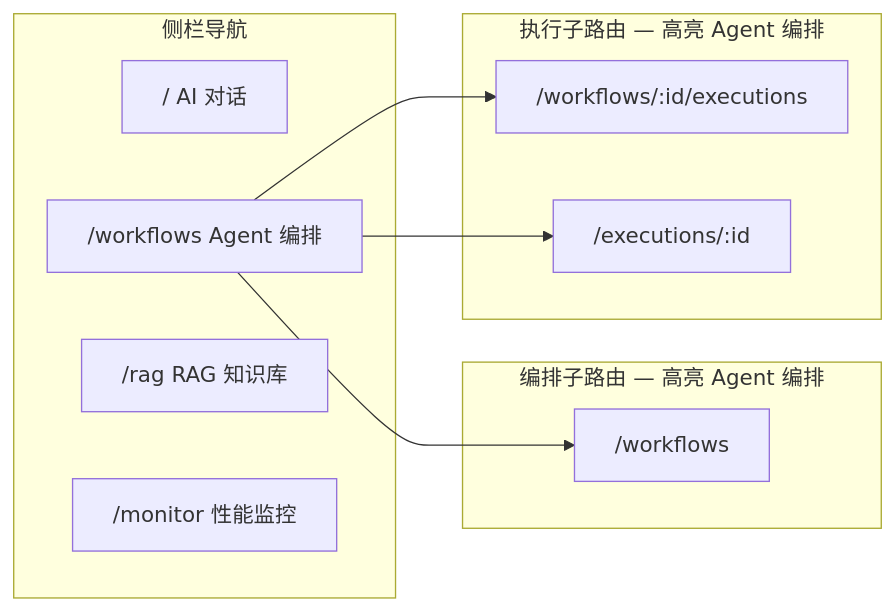
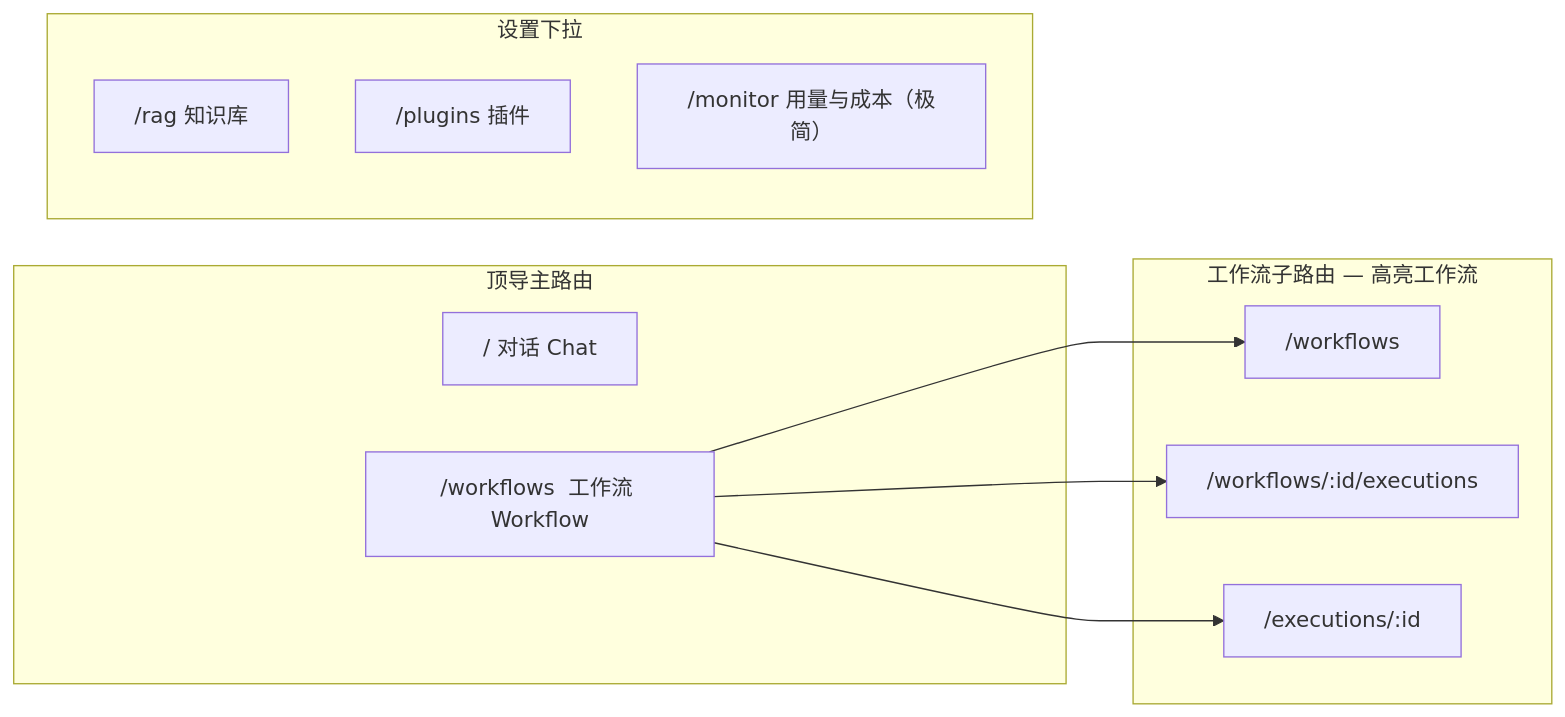
The first of 4 diagrams in ai/design/overview.md (nan1010082085/ai-platform-docs), drawn with Mermaid before and after one commit. The commit also changed other lines of this file and 99 other files, not shown here.

````diff
--- a/ai/design/overview.md
+++ b/ai/design/overview.md
@@ -54,22 +55,23 @@
 ```mermaid
 flowchart LR
-  subgraph nav [侧栏导航]
-    Chat["/  AI 对话"]
-    WF["/workflows  Agent 编排"]
-    RAG["/rag  RAG 知识库"]
-    Mon["/monitor  性能监控"]
+  subgraph nav [顶导主路由]
+    Chat["/  对话 Chat"]
+    WF["/workflows  工作流 Workflow"]
   end
 
-  subgraph wf_child [编排子路由 — 高亮 Agent 编排]
-    List["/workflows"]
+  subgraph settings [设置下拉]
+    RAG["/rag 知识库"]
+    Plug["/plugins 插件"]
+    Mon["/monitor 用量与成本（极简）"]
   end
 
-  subgraph exec_child [执行子路由 — 高亮 Agent 编排]
+  subgraph wf_child [工作流子路由 — 高亮工作流]
+    List["/workflows"]
     ExecList["/workflows/:id/executions"]
     ExecDetail["/executions/:id"]
   end
 
   WF --> List
   WF --> ExecList
   WF --> ExecDetail
 ```
````
